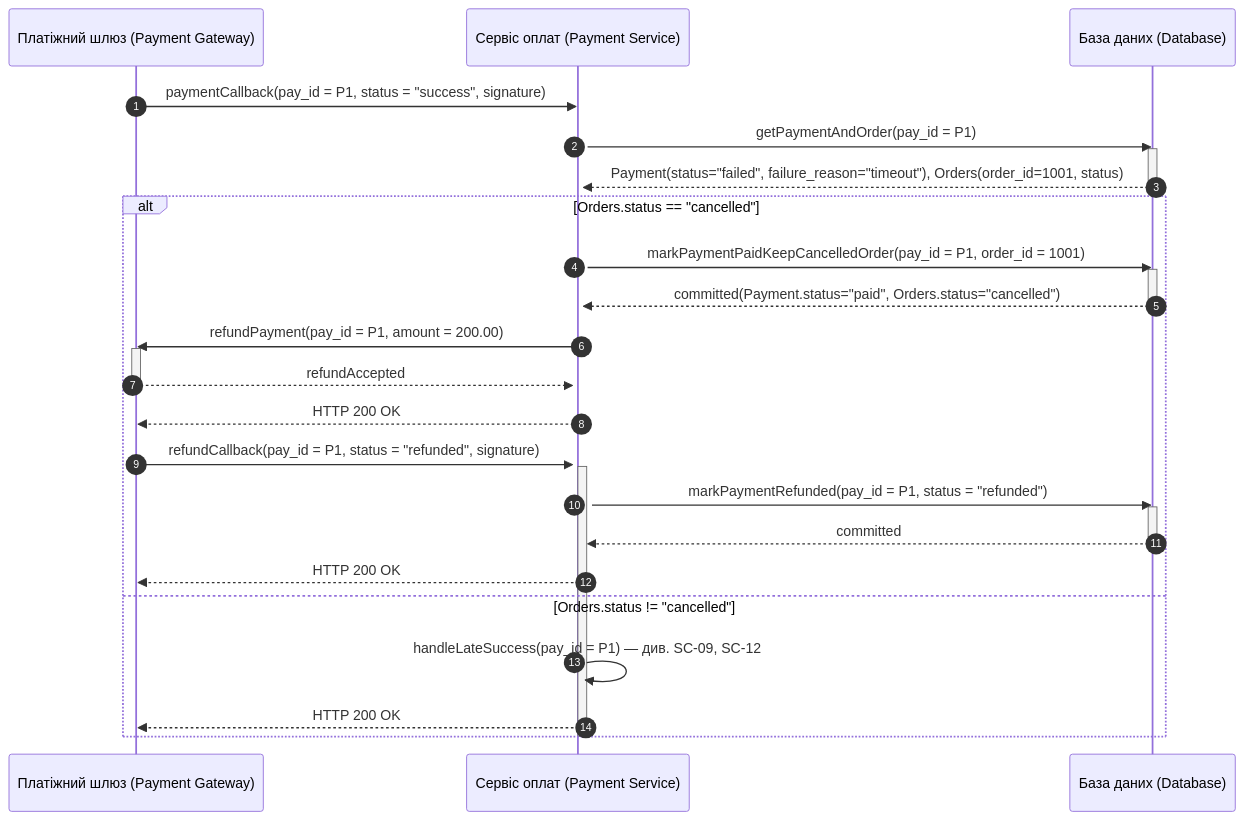
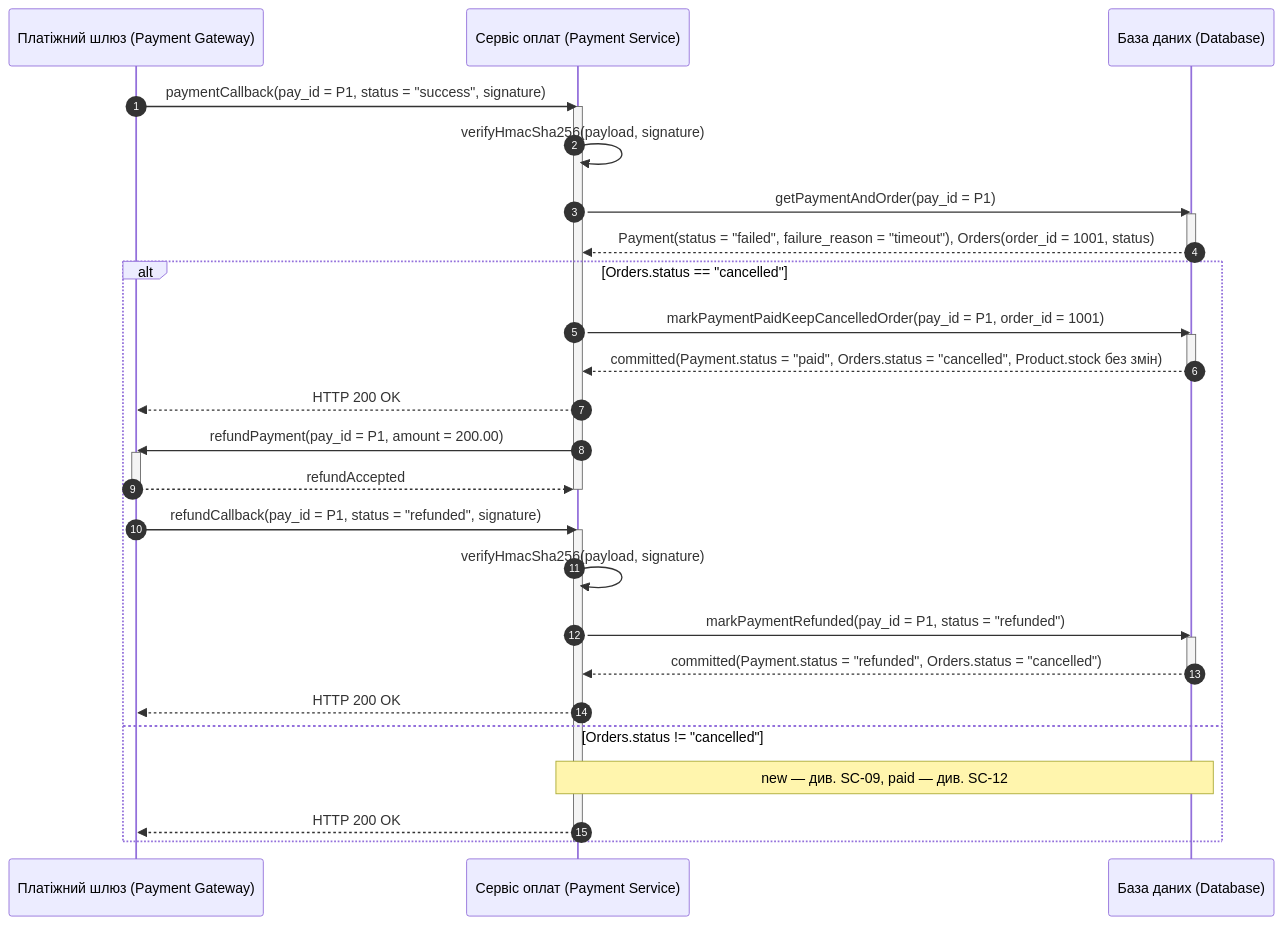
Diagram 13 of 15 in Lab3/diagram.md (hutnichs/KPI_MAVPZ), drawn with Mermaid before and after one commit. The commit also changed other lines of this file and 1 other file, not shown here.

Commit message:
Updated payment callback, error messages and prompt added

````diff
--- a/Lab3/diagram.md
+++ b/Lab3/diagram.md
@@ -463,37 +530,41 @@
 ```mermaid
 sequenceDiagram
     autonumber
     participant PGW as Платіжний шлюз (Payment Gateway)
     participant PS as Сервіс оплат (Payment Service)
     participant DB as База даних (Database)
 
     PGW->>PS: paymentCallback(pay_id = P1, status = "success", signature)
     activate PS
+    PS->>PS: verifyHmacSha256(payload, signature)
     PS->>DB: getPaymentAndOrder(pay_id = P1)
     activate DB
-    DB-->>PS: Payment(status="failed", failure_reason="timeout"), Orders(order_id=1001, status)
+    DB-->>PS: Payment(status = "failed", failure_reason = "timeout"), Orders(order_id = 1001, status)
     deactivate DB
+
     alt Orders.status == "cancelled"
         PS->>DB: markPaymentPaidKeepCancelledOrder(pay_id = P1, order_id = 1001)
         activate DB
-        DB-->>PS: committed(Payment.status="paid", Orders.status="cancelled")
+        DB-->>PS: committed(Payment.status = "paid", Orders.status = "cancelled", Product.stock без змін)
         deactivate DB
+        PS-->>PGW: HTTP 200 OK
         PS->>PGW: refundPayment(pay_id = P1, amount = 200.00)
         activate PGW
         PGW-->>PS: refundAccepted
         deactivate PGW
-        PS-->>PGW: HTTP 200 OK
+        deactivate PS
 
         PGW->>PS: refundCallback(pay_id = P1, status = "refunded", signature)
         activate PS
+        PS->>PS: verifyHmacSha256(payload, signature)
         PS->>DB: markPaymentRefunded(pay_id = P1, status = "refunded")
         activate DB
-        DB-->>PS: committed
+        DB-->>PS: committed(Payment.status = "refunded", Orders.status = "cancelled")
         deactivate DB
         PS-->>PGW: HTTP 200 OK
     else Orders.status != "cancelled"
-        PS->>PS: handleLateSuccess(pay_id = P1) — див. SC-09, SC-12
+        Note over PS,DB: new — див. SC-09, paid — див. SC-12
         PS-->>PGW: HTTP 200 OK
     end
     deactivate PS
 ```
````
